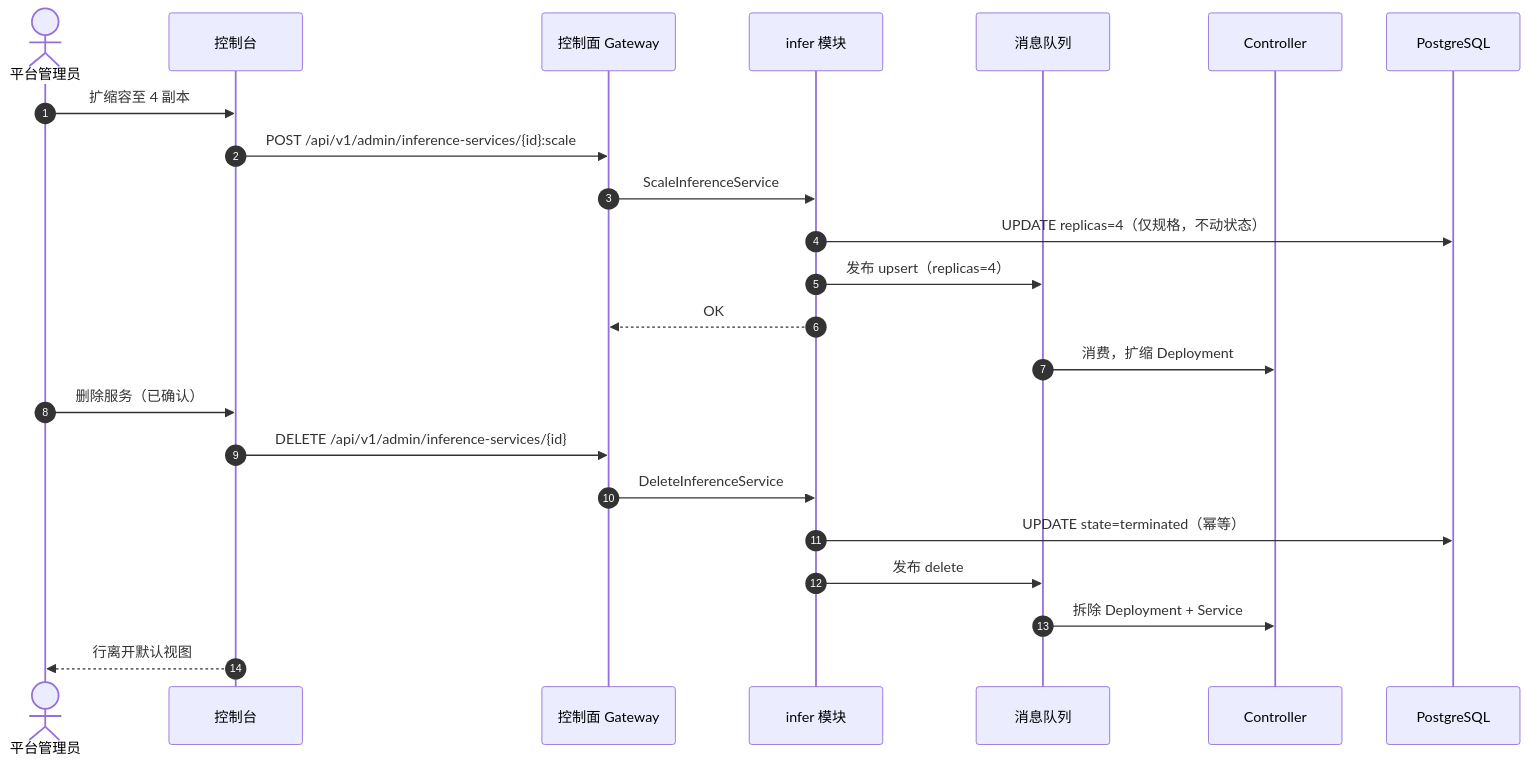
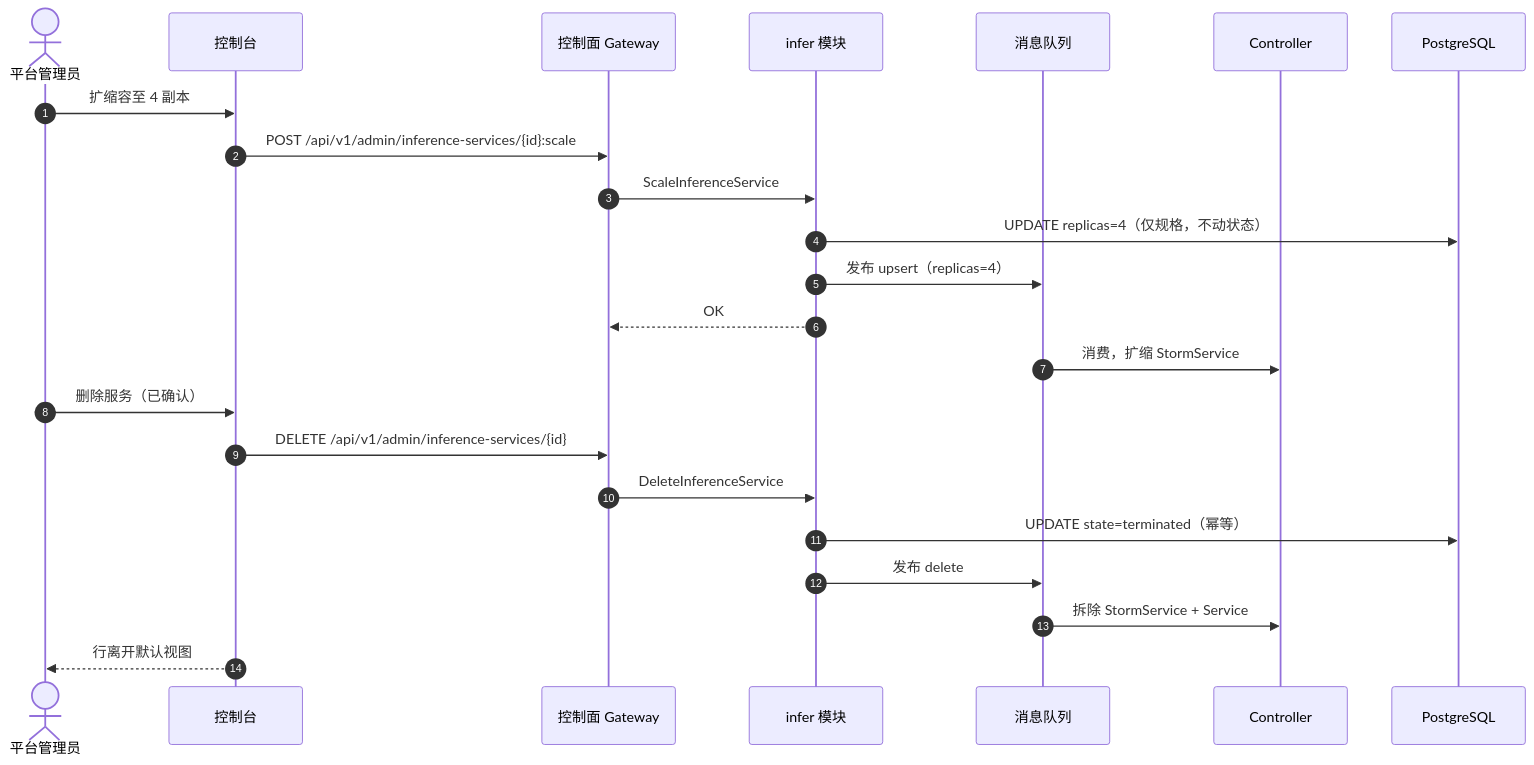
The fifth of 5 diagrams in site/docs/architecture/model-catalog-deployment.zh-cn.md (go-taas/go-taas), drawn with Mermaid before and after one commit. The commit also changed other lines of this file and 41 other files, not shown here.

````diff
--- a/site/docs/architecture/model-catalog-deployment.zh-cn.md
+++ b/site/docs/architecture/model-catalog-deployment.zh-cn.md
@@ -360,26 +392,26 @@
 ```mermaid
 sequenceDiagram
     autonumber
     actor Admin as 平台管理员
     participant Console as 控制台
     participant CGW as 控制面 Gateway
     participant Infer as infer 模块
     participant MQ as 消息队列
     participant CTRL as Controller
     participant DB as PostgreSQL
 
     Admin->>Console: 扩缩容至 4 副本
     Console->>CGW: POST /api/v1/admin/inference-services/{id}:scale
     CGW->>Infer: ScaleInferenceService
     Infer->>DB: UPDATE replicas=4（仅规格，不动状态）
     Infer->>MQ: 发布 upsert（replicas=4）
     Infer-->>CGW: OK
-    MQ->>CTRL: 消费，扩缩 Deployment
+    MQ->>CTRL: 消费，扩缩 StormService
     Admin->>Console: 删除服务（已确认）
     Console->>CGW: DELETE /api/v1/admin/inference-services/{id}
     CGW->>Infer: DeleteInferenceService
     Infer->>DB: UPDATE state=terminated（幂等）
     Infer->>MQ: 发布 delete
-    MQ->>CTRL: 拆除 Deployment + Service
+    MQ->>CTRL: 拆除 StormService + Service
     Console-->>Admin: 行离开默认视图
 ```
````
